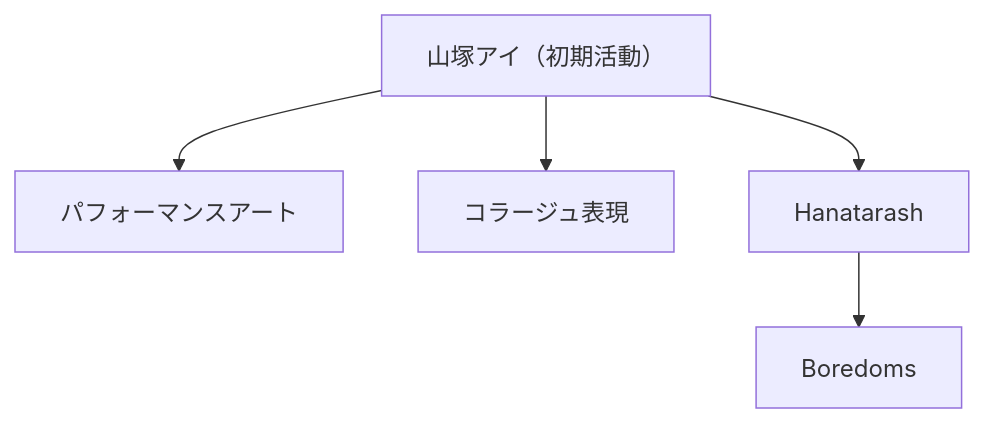
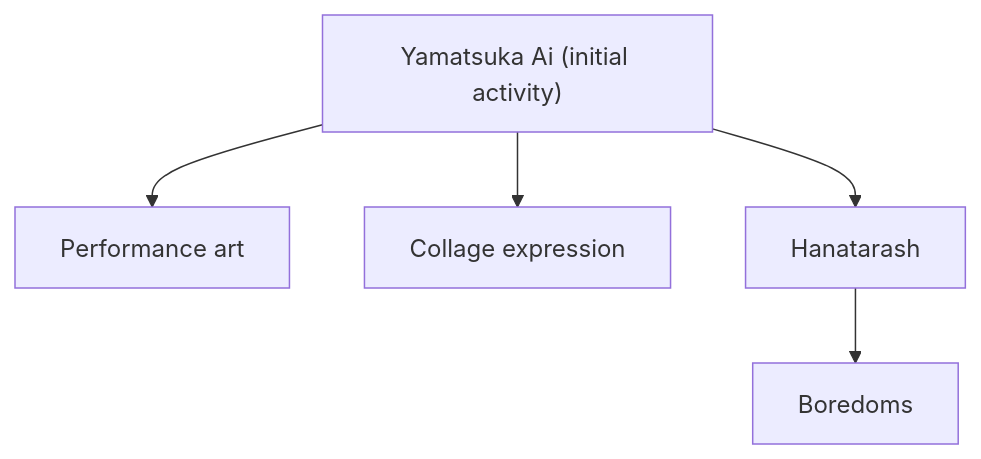
One commit to monumental-movement/monumental-movement.github.io changed the first of 6 diagrams in en/_posts/2025-12-05-column-boredoms.md. Above: the diagram before and after it, drawn with Mermaid. The commit also changed other lines of this file and 801 other files, not shown here.

```diff
--- a/en/_posts/2025-12-05-column-boredoms.md
+++ b/en/_posts/2025-12-05-column-boredoms.md
@@ -51,7 +52,7 @@
 <div class="mermaid">
 flowchart TD
-    A["山塚アイ（初期活動）"] --> B["パフォーマンスアート"]
-    A --> C["コラージュ表現"]
+    A["Yamatsuka Ai (initial activity)"] --> B["Performance art"]
+    A --> C["Collage expression"]
     A --> D["Hanatarash"]
     D --> E["Boredoms"]
 </div>
```
